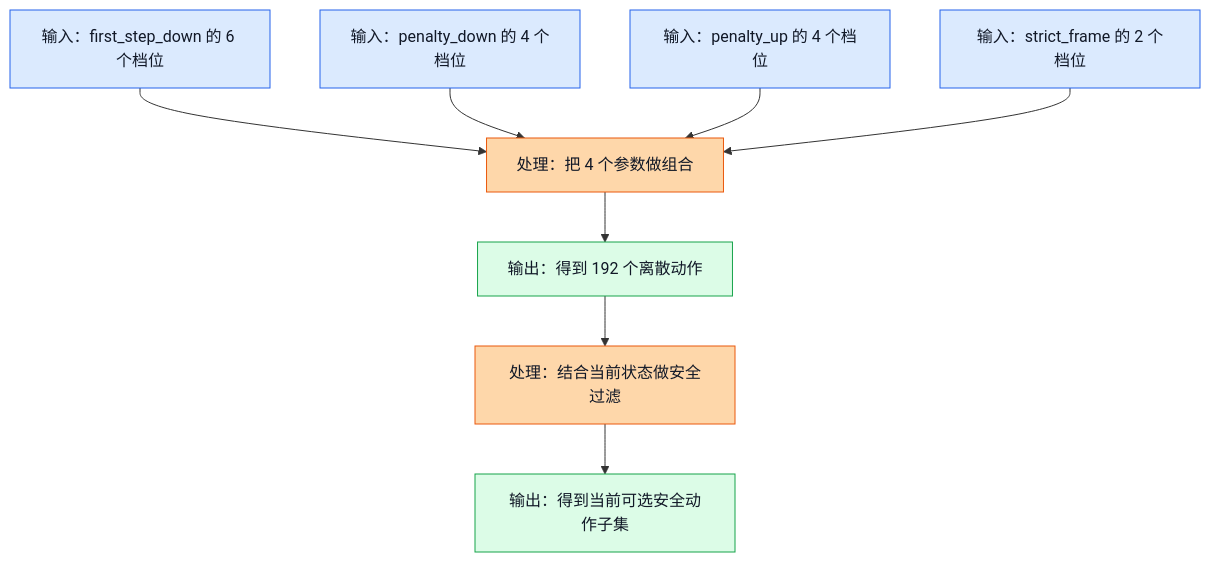
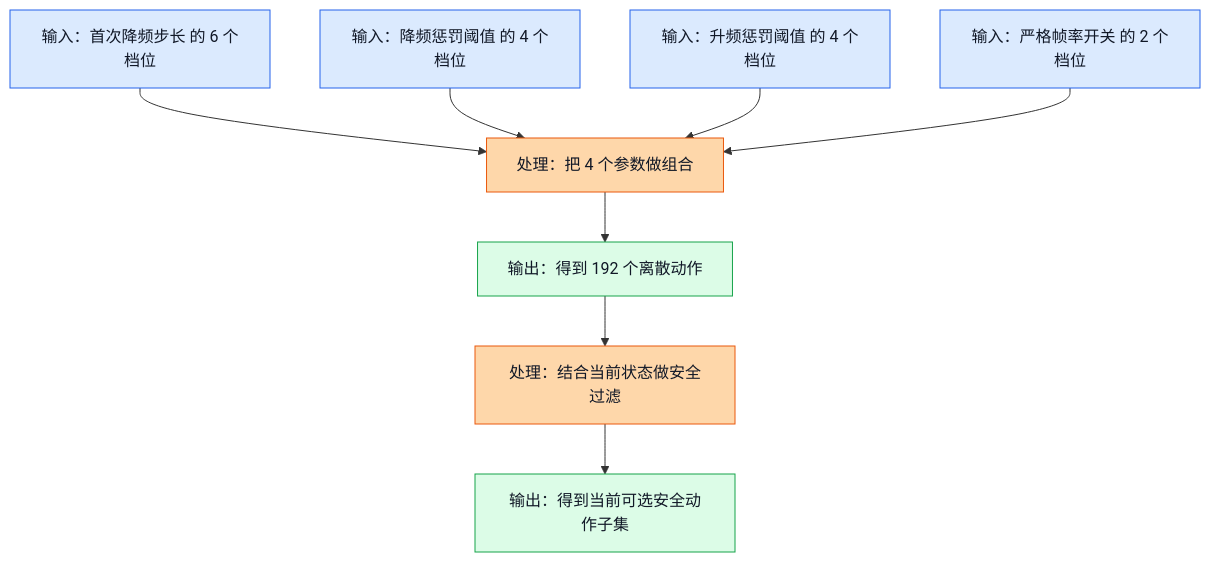
The second of 3 diagrams in learn/19_State_Action_Space_Design.md (Mrphase/RL-Doc), drawn with Mermaid before and after one commit. The commit also changed other lines of this file and 14 other files, not shown here.

First line of the commit message:
fix: clean mermaid labels in learn docs

````diff
--- a/learn/19_State_Action_Space_Design.md
+++ b/learn/19_State_Action_Space_Design.md
@@ -424,18 +424,18 @@
 ```mermaid
 flowchart TD
-    A["输入：first_step_down 的 6 个档位"] --> E["处理：把 4 个参数做组合"]
-    B["输入：penalty_down 的 4 个档位"] --> E
-    C["输入：penalty_up 的 4 个档位"] --> E
-    D["输入：strict_frame 的 2 个档位"] --> E
+    A["输入：首次降频步长 的 6 个档位"] --> E["处理：把 4 个参数做组合"]
+    B["输入：降频惩罚阈值 的 4 个档位"] --> E
+    C["输入：升频惩罚阈值 的 4 个档位"] --> E
+    D["输入：严格帧率开关 的 2 个档位"] --> E
     E --> F["输出：得到 192 个离散动作"]
     F --> G["处理：结合当前状态做安全过滤"]
     G --> H["输出：得到当前可选安全动作子集"]
 
     classDef input fill:#dbeafe,stroke:#2563eb,color:#111827;
     classDef process fill:#fed7aa,stroke:#ea580c,color:#111827;
     classDef output fill:#dcfce7,stroke:#16a34a,color:#111827;
 
     class A,B,C,D input;
     class E,G process;
     class F,H output;
 ```
````
